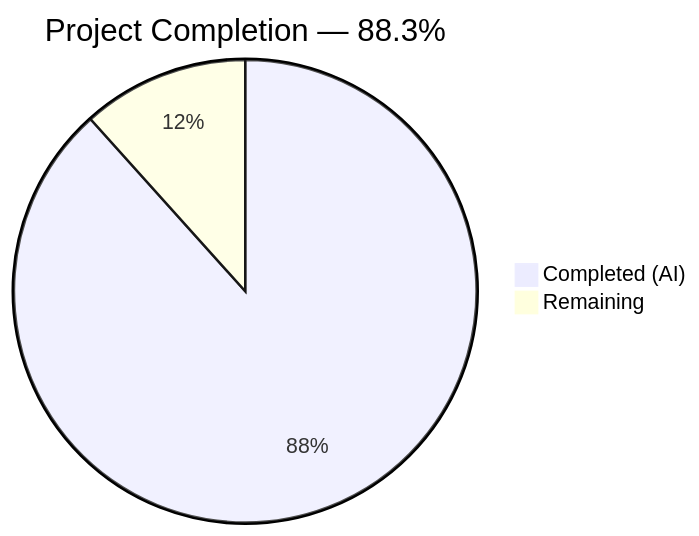
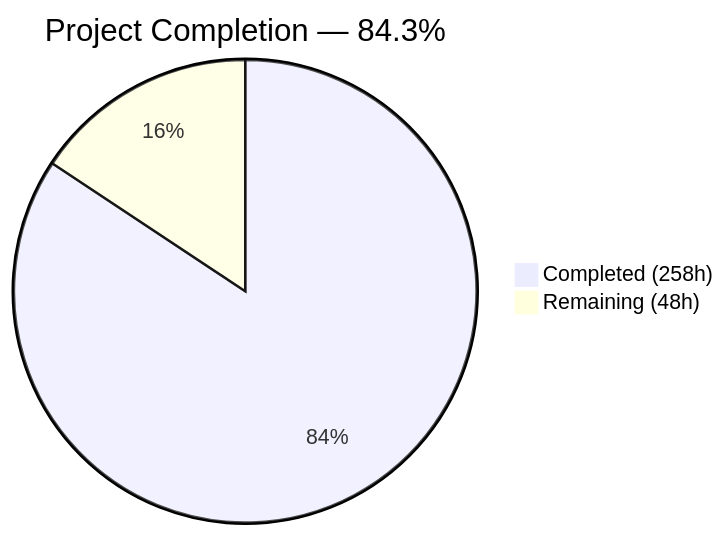
Before and after one commit to Blitzy-Sandbox/blitzy-cal: the first of 4 diagrams in blitzy/documentation/Project Guide.md, drawn with Mermaid. The commit also changed other lines of this file, not shown here.

Commit message:
Adding Blitzy Project Guide: Project Status and Human Tasks Remaining

````diff
--- a/blitzy/documentation/Project Guide.md
+++ b/blitzy/documentation/Project Guide.md
@@ -22,5 +13,5 @@
 ```mermaid
-pie title Project Completion — 88.3%
-    "Completed (AI)" : 326
-    "Remaining" : 43
+pie title Project Completion — 84.3%
+    "Completed (258h)" : 258
+    "Remaining (48h)" : 48
 ```
````
